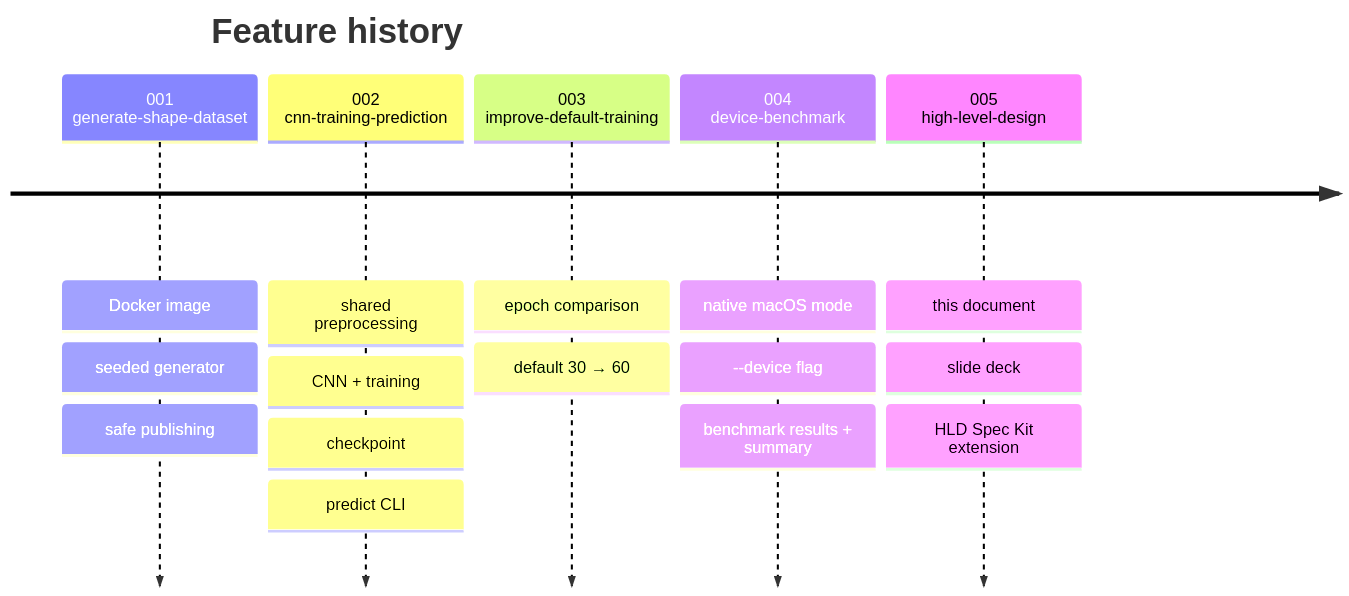
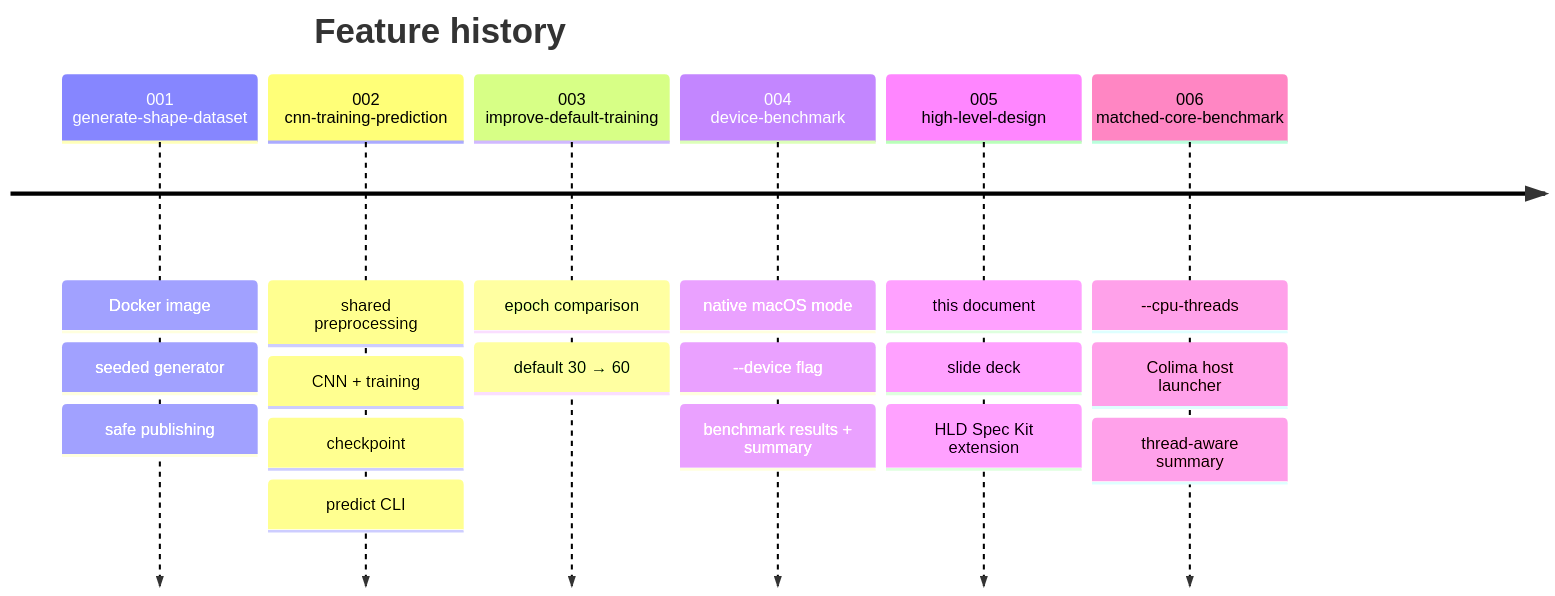
One commit to nal/ML changed diagram 15 of 15 in CNN/image_classification/docs/hld/hld.md. Above: the diagram before and after it, drawn with Mermaid. The commit also changed other lines of this file and 1 other file, not shown here.

First line of the commit message:
docs(hld): cover matched-core benchmark in HLD and slides

````diff
--- a/CNN/image_classification/docs/hld/hld.md
+++ b/CNN/image_classification/docs/hld/hld.md
@@ -473,9 +534,10 @@
 ```mermaid
 timeline
   title Feature history
   001 generate-shape-dataset : Docker image : seeded generator : safe publishing
   002 cnn-training-prediction : shared preprocessing : CNN + training : checkpoint : predict CLI
   003 improve-default-training : epoch comparison : default 30 → 60
   004 device-benchmark : native macOS mode : --device flag : benchmark results + summary
   005 high-level-design : this document : slide deck : HLD Spec Kit extension
+  006 matched-core-benchmark : --cpu-threads : Colima host launcher : thread-aware summary
 ```
````
